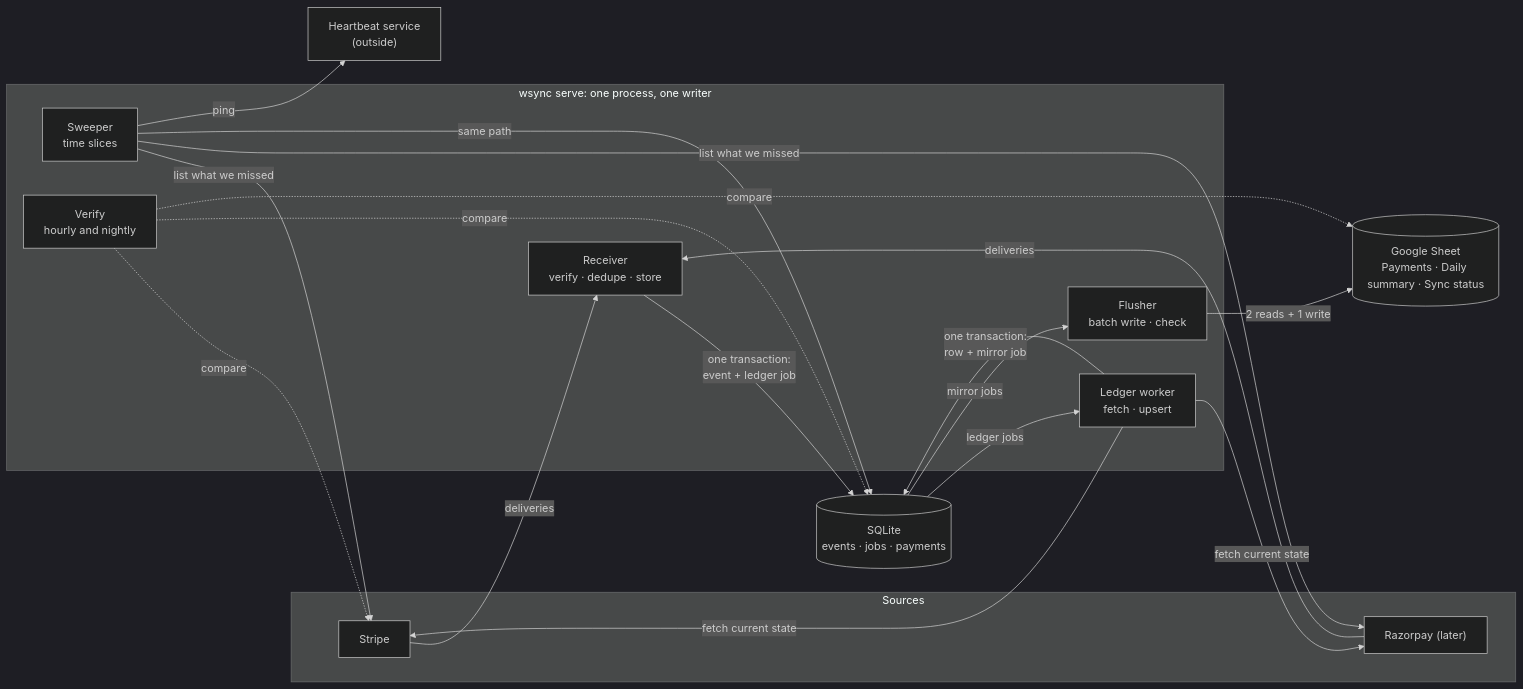
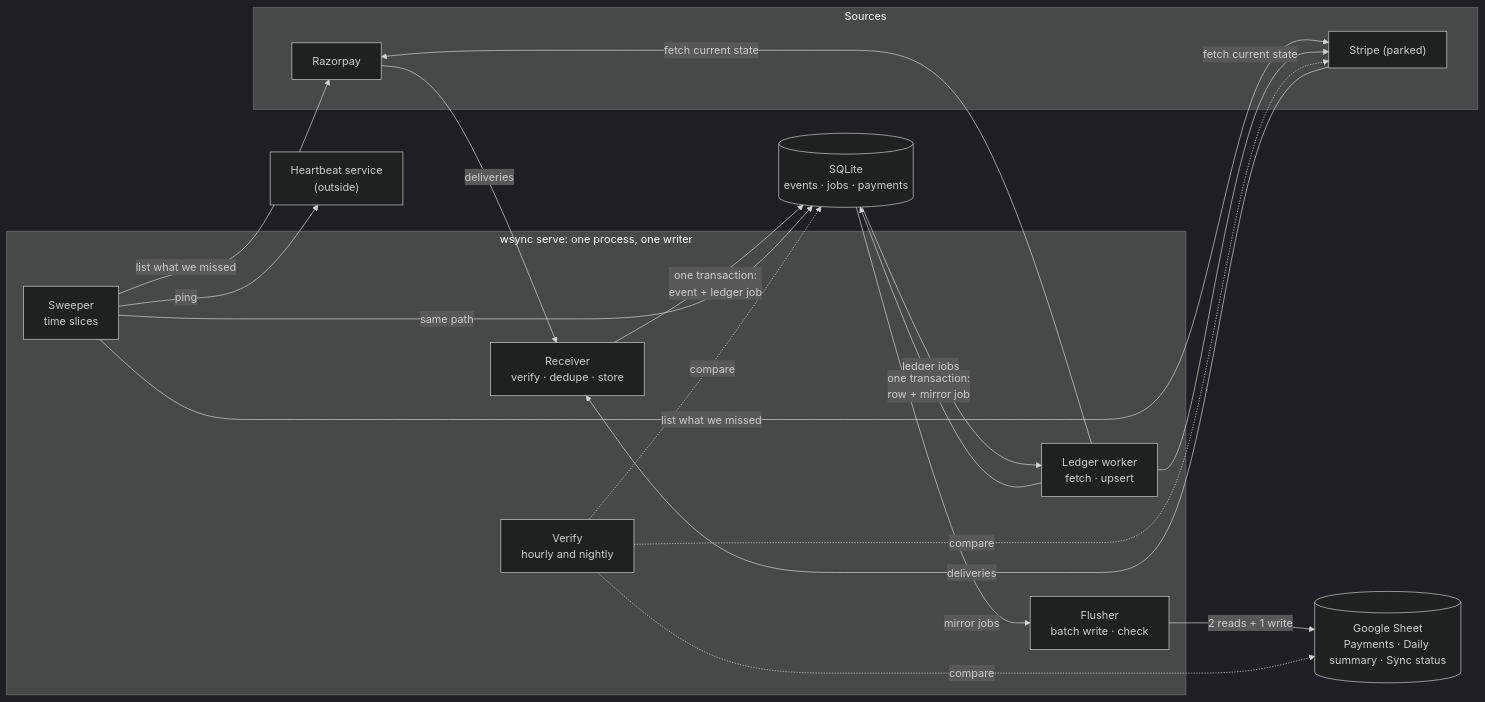
The first of 2 diagrams in docs/design/00-overview.md (lalitkarthik/webhook-sync), drawn with Mermaid (dark theme) before and after one commit. The commit also changed other lines of this file and 17 other files, not shown here.

First line of the commit message:
Design round 11: Razorpay first, Stripe parked (Q103-Q114)

````diff
--- a/docs/design/00-overview.md
+++ b/docs/design/00-overview.md
@@ -21,28 +19,28 @@
 ```mermaid
 flowchart LR
   subgraph SRC["Sources"]
-    ST["Stripe"]
-    RZ["Razorpay (later)"]
+    RZ["Razorpay"]
+    ST["Stripe (parked)"]
   end
   subgraph SVC["wsync serve: one process, one writer"]
     RC["Receiver<br/>verify · dedupe · store"]
     SW["Sweeper<br/>time slices"]
     LW["Ledger worker<br/>fetch · upsert"]
     FL["Flusher<br/>batch write · check"]
     VF["Verify<br/>hourly and nightly"]
   end
   DB[("SQLite<br/>events · jobs · payments")]
   GS[("Google Sheet<br/>Payments · Daily summary · Sync status")]
   HC["Heartbeat service<br/>(outside)"]
   ST & RZ -- "deliveries" --> RC
   RC -- "one transaction:<br/>event + ledger job" --> DB
   SW -- "list what we missed" --> ST & RZ
   SW -- "same path" --> DB
   SW -- "ping" --> HC
   DB -- "ledger jobs" --> LW
   LW -- "fetch current state" --> ST & RZ
   LW -- "one transaction:<br/>row + mirror job" --> DB
   DB -- "mirror jobs" --> FL
   FL -- "2 reads + 1 write" --> GS
   VF -. "compare" .-> ST & DB & GS
 ```
````
